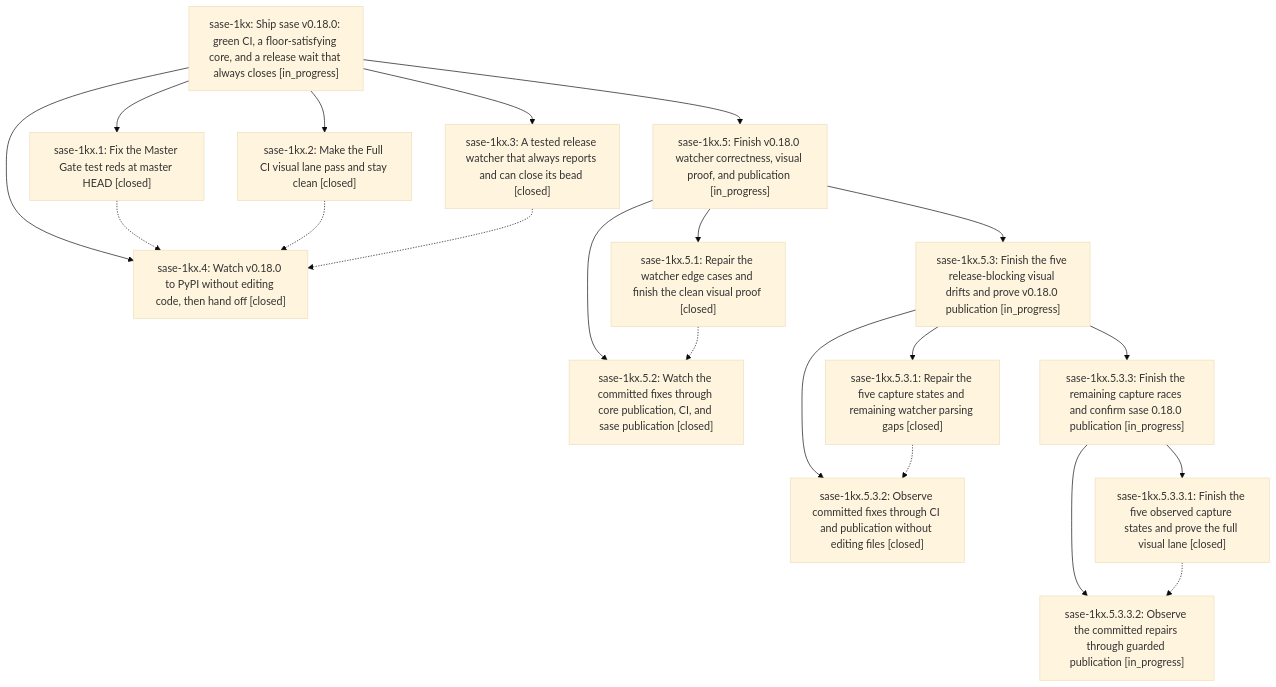
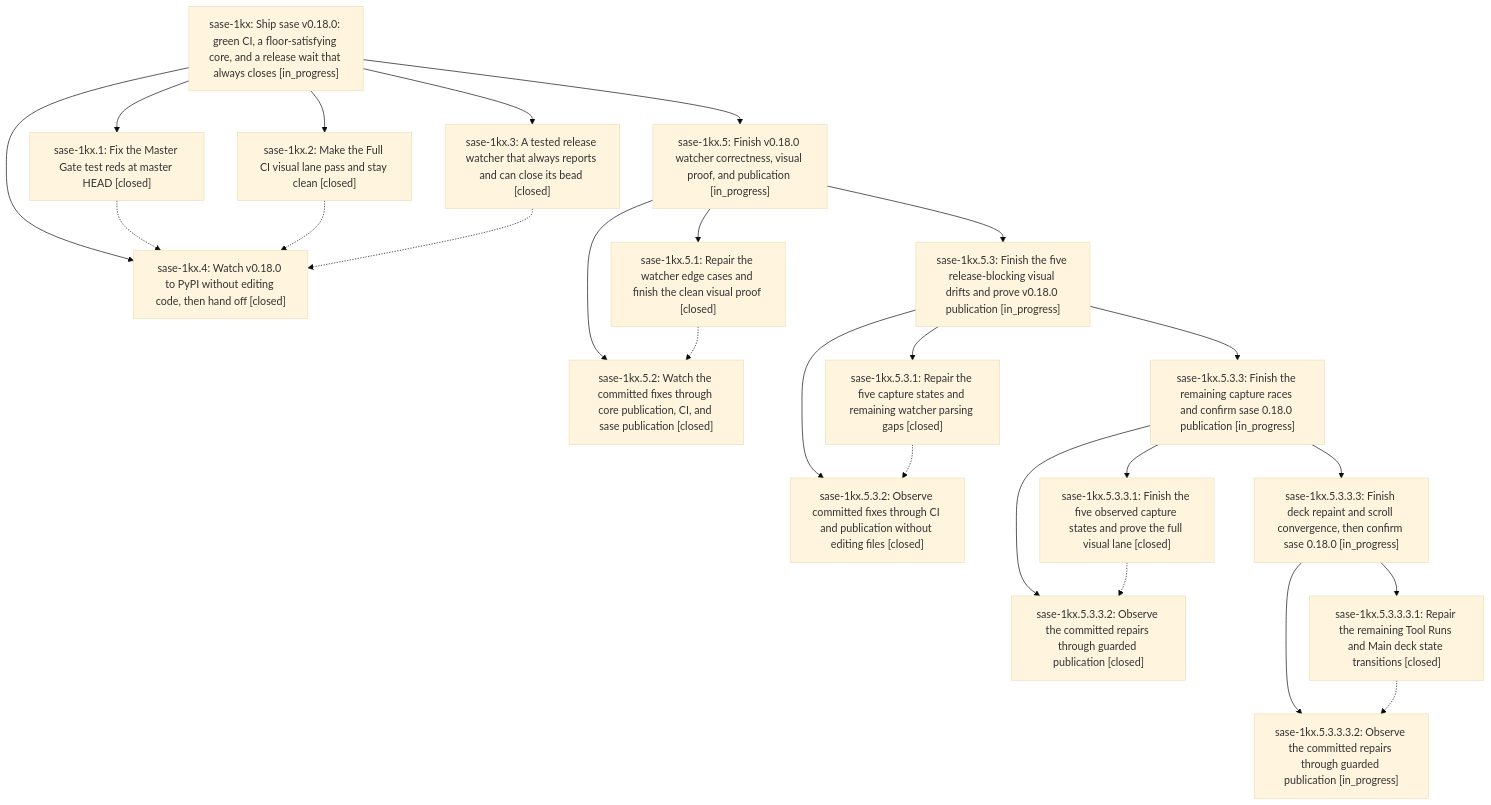
The diagram in pages/sase-1kx/README.md (sase-org/sase--beads), drawn with Mermaid (base theme) before and after one commit. The commit also changed other lines of this file and 8 other files, not shown here.

````diff
--- a/pages/sase-1kx/README.md
+++ b/pages/sase-1kx/README.md
@@ -87,36 +87,43 @@
 ```mermaid
 flowchart TD
     n0["sase-1kx: Ship sase v0.18.0: green CI, a floor-satisfying core, and a release wait that always closes [in_progress]"]
     n1["sase-1kx.1: Fix the Master Gate test reds at master HEAD [closed]"]
     n2["sase-1kx.2: Make the Full CI visual lane pass and stay clean [closed]"]
     n3["sase-1kx.3: A tested release watcher that always reports and can close its bead [closed]"]
     n4["sase-1kx.4: Watch v0.18.0 to PyPI without editing code, then hand off [closed]"]
     n5["sase-1kx.5: Finish v0.18.0 watcher correctness, visual proof, and publication [in_progress]"]
     n6["sase-1kx.5.1: Repair the watcher edge cases and finish the clean visual proof [closed]"]
     n7["sase-1kx.5.2: Watch the committed fixes through core publication, CI, and sase publication [closed]"]
     n8["sase-1kx.5.3: Finish the five release-blocking visual drifts and prove v0.18.0 publication [in_progress]"]
     n9["sase-1kx.5.3.1: Repair the five capture states and remaining watcher parsing gaps [closed]"]
     n10["sase-1kx.5.3.2: Observe committed fixes through CI and publication without editing files [closed]"]
     n11["sase-1kx.5.3.3: Finish the remaining capture races and confirm sase 0.18.0 publication [in_progress]"]
     n12["sase-1kx.5.3.3.1: Finish the five observed capture states and prove the full visual lane [closed]"]
-    n13["sase-1kx.5.3.3.2: Observe the committed repairs through guarded publication [in_progress]"]
+    n13["sase-1kx.5.3.3.2: Observe the committed repairs through guarded publication [closed]"]
+    n14["sase-1kx.5.3.3.3: Finish deck repaint and scroll convergence, then confirm sase 0.18.0 [in_progress]"]
+    n15["sase-1kx.5.3.3.3.1: Repair the remaining Tool Runs and Main deck state transitions [closed]"]
+    n16["sase-1kx.5.3.3.3.2: Observe the committed repairs through guarded publication [in_progress]"]
     n0 --> n1
     n0 --> n2
     n0 --> n3
     n0 --> n4
     n0 --> n5
     n5 --> n6
     n5 --> n7
     n5 --> n8
     n8 --> n9
     n8 --> n10
     n8 --> n11
     n11 --> n12
     n11 --> n13
+    n11 --> n14
+    n14 --> n15
+    n14 --> n16
     n1 -.-> n4
     n2 -.-> n4
     n3 -.-> n4
     n6 -.-> n7
     n9 -.-> n10
     n12 -.-> n13
+    n15 -.-> n16
 ```
````
